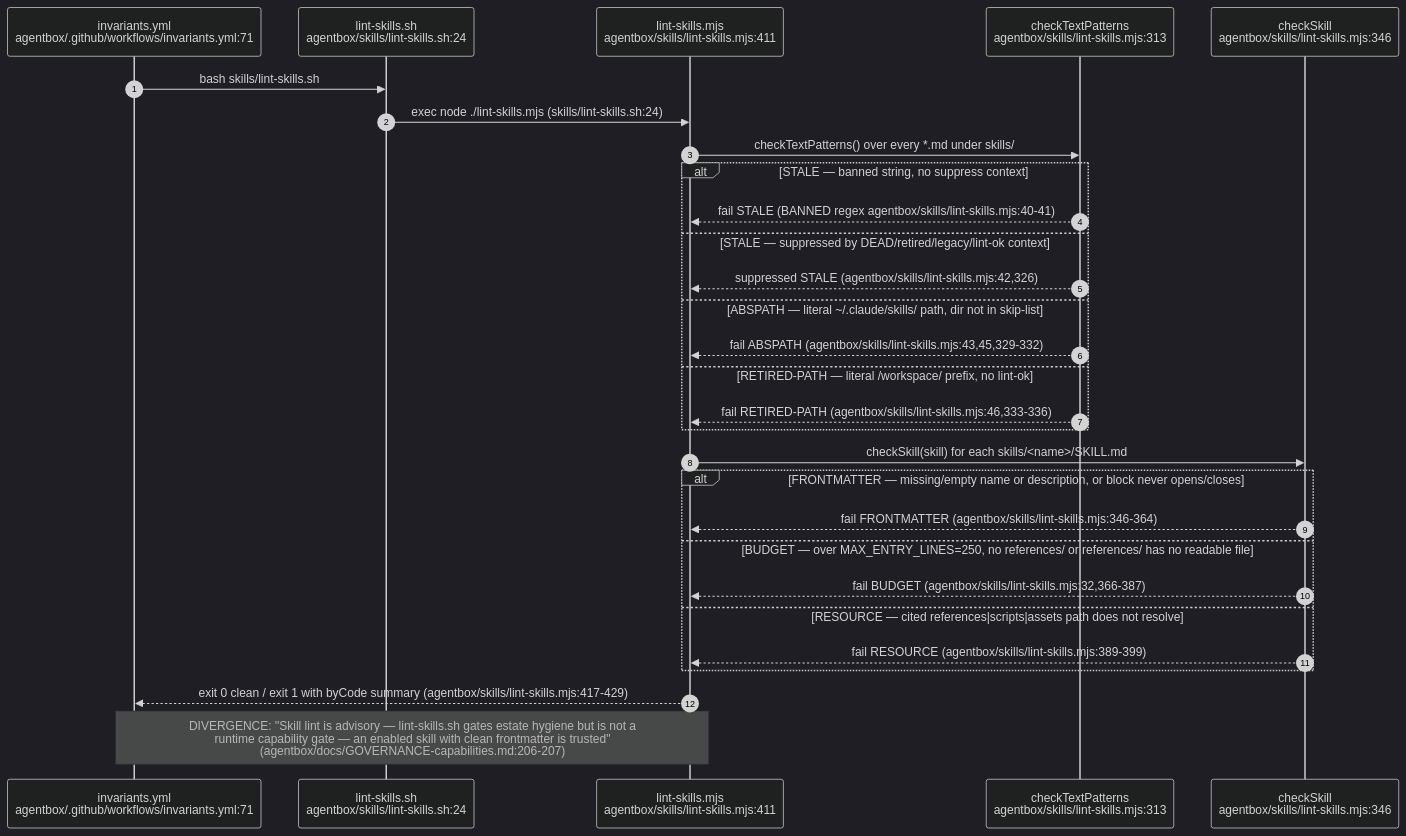
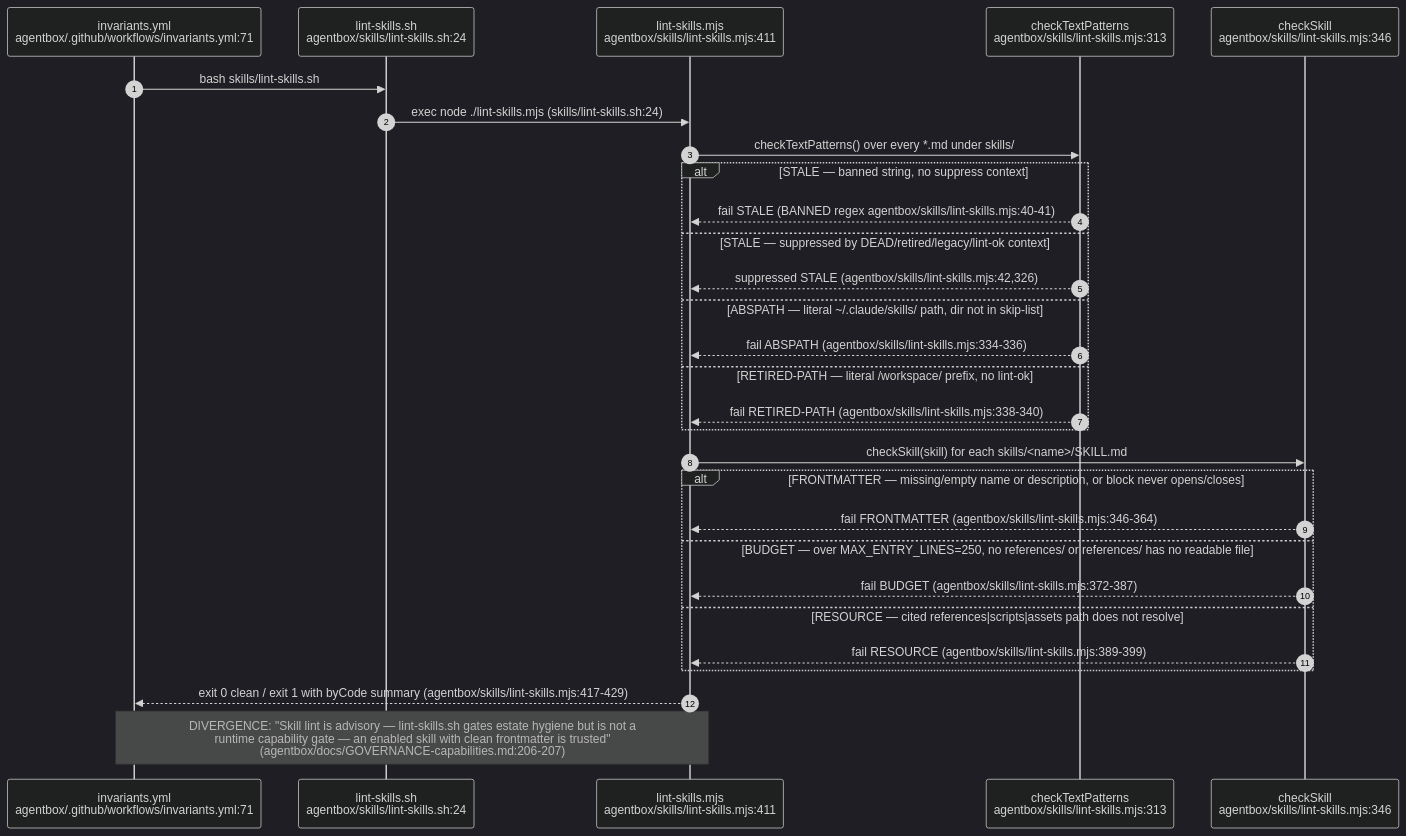
Before and after one commit to DreamLab-AI/VisionFlow: the third of 13 diagrams in docs/diagrams/agentbox/22-skills-and-routing.md, drawn with Mermaid (dark theme). The commit also changed other lines of this file and 52 other files, not shown here.

First line of the commit message:
docs(diagrams): wave 3 checkpoint — bare line refs resolved, revision-pinned cite-check, VC-05/AB-01..13 re-attested

````diff
--- a/docs/diagrams/agentbox/22-skills-and-routing.md
+++ b/docs/diagrams/agentbox/22-skills-and-routing.md
@@ -107,32 +107,32 @@
 ```mermaid
 sequenceDiagram
     autonumber
     participant CI as invariants.yml<br/>agentbox/.github/workflows/invariants.yml:71
     participant SH as lint-skills.sh<br/>agentbox/skills/lint-skills.sh:24
     participant MJS as lint-skills.mjs<br/>agentbox/skills/lint-skills.mjs:411
     participant TXT as checkTextPatterns<br/>agentbox/skills/lint-skills.mjs:313
     participant SKC as checkSkill<br/>agentbox/skills/lint-skills.mjs:346
 
     CI->>SH: bash skills/lint-skills.sh
     SH->>MJS: exec node ./lint-skills.mjs (skills/lint-skills.sh:24)
     MJS->>TXT: checkTextPatterns() over every *.md under skills/
     alt STALE — banned string, no suppress context
         TXT-->>MJS: fail STALE (BANNED regex agentbox/skills/lint-skills.mjs:40-41)
     else STALE — suppressed by DEAD/retired/legacy/lint-ok context
         TXT-->>MJS: suppressed STALE (agentbox/skills/lint-skills.mjs:42,326)
     else ABSPATH — literal ~/.claude/skills/ path, dir not in skip-list
-        TXT-->>MJS: fail ABSPATH (agentbox/skills/lint-skills.mjs:43,45,329-332)
+        TXT-->>MJS: fail ABSPATH (agentbox/skills/lint-skills.mjs:334-336)
     else RETIRED-PATH — literal /workspace/ prefix, no lint-ok
-        TXT-->>MJS: fail RETIRED-PATH (agentbox/skills/lint-skills.mjs:46,333-336)
+        TXT-->>MJS: fail RETIRED-PATH (agentbox/skills/lint-skills.mjs:338-340)
     end
     MJS->>SKC: checkSkill(skill) for each skills/<name>/SKILL.md
     alt FRONTMATTER — missing/empty name or description, or block never opens/closes
         SKC-->>MJS: fail FRONTMATTER (agentbox/skills/lint-skills.mjs:346-364)
     else BUDGET — over MAX_ENTRY_LINES=250, no references/ or references/ has no readable file
-        SKC-->>MJS: fail BUDGET (agentbox/skills/lint-skills.mjs:32,366-387)
+        SKC-->>MJS: fail BUDGET (agentbox/skills/lint-skills.mjs:372-387)
     else RESOURCE — cited references|scripts|assets path does not resolve
         SKC-->>MJS: fail RESOURCE (agentbox/skills/lint-skills.mjs:389-399)
     end
     MJS-->>CI: exit 0 clean / exit 1 with byCode summary (agentbox/skills/lint-skills.mjs:417-429)
     Note over MJS,CI: DIVERGENCE: "Skill lint is advisory — lint-skills.sh gates estate hygiene but is not a<br/>runtime capability gate — an enabled skill with clean frontmatter is trusted"<br/>(agentbox/docs/GOVERNANCE-capabilities.md:206-207)
 ```
````
